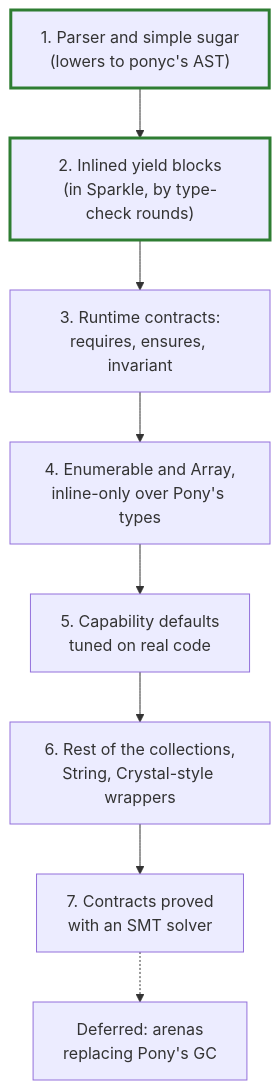
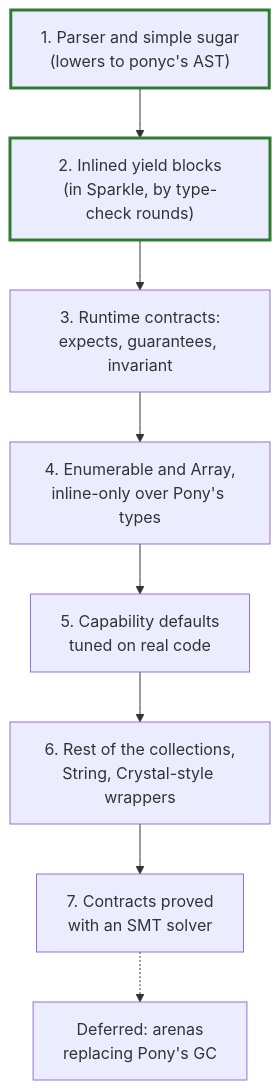
Before and after one commit to nogginly/sparkle: the fourth of 6 diagrams in DESIGN.md, drawn with Mermaid.

Commit message:
Use the settled contract words in the roadmap
Claude-Session: https://claude.ai/code/session_01RnwiLotLC5aoG71oqFmK6e

````diff
--- a/DESIGN.md
+++ b/DESIGN.md
@@ -159,12 +159,12 @@
 ```mermaid
 flowchart TD
     S1["1. Parser and simple sugar<br/>(lowers to ponyc's AST)"] --> S2["2. Inlined yield blocks<br/>(in Sparkle, by type-check rounds)"]
-    S2 --> S3["3. Runtime contracts:<br/>requires, ensures, invariant"]
+    S2 --> S3["3. Runtime contracts:<br/>expects, guarantees, invariant"]
     S3 --> S4["4. Enumerable and Array,<br/>inline-only over Pony's types"]
     S4 --> S5["5. Capability defaults<br/>tuned on real code"]
     S5 --> S6["6. Rest of the collections,<br/>String, Crystal-style wrappers"]
     S6 --> S7["7. Contracts proved<br/>with an SMT solver"]
     S7 -.-> S8["Deferred: arenas<br/>replacing Pony's GC"]
     style S1 stroke:#2e7d32,stroke-width:3px
     style S2 stroke:#2e7d32,stroke-width:3px
 ```
````
